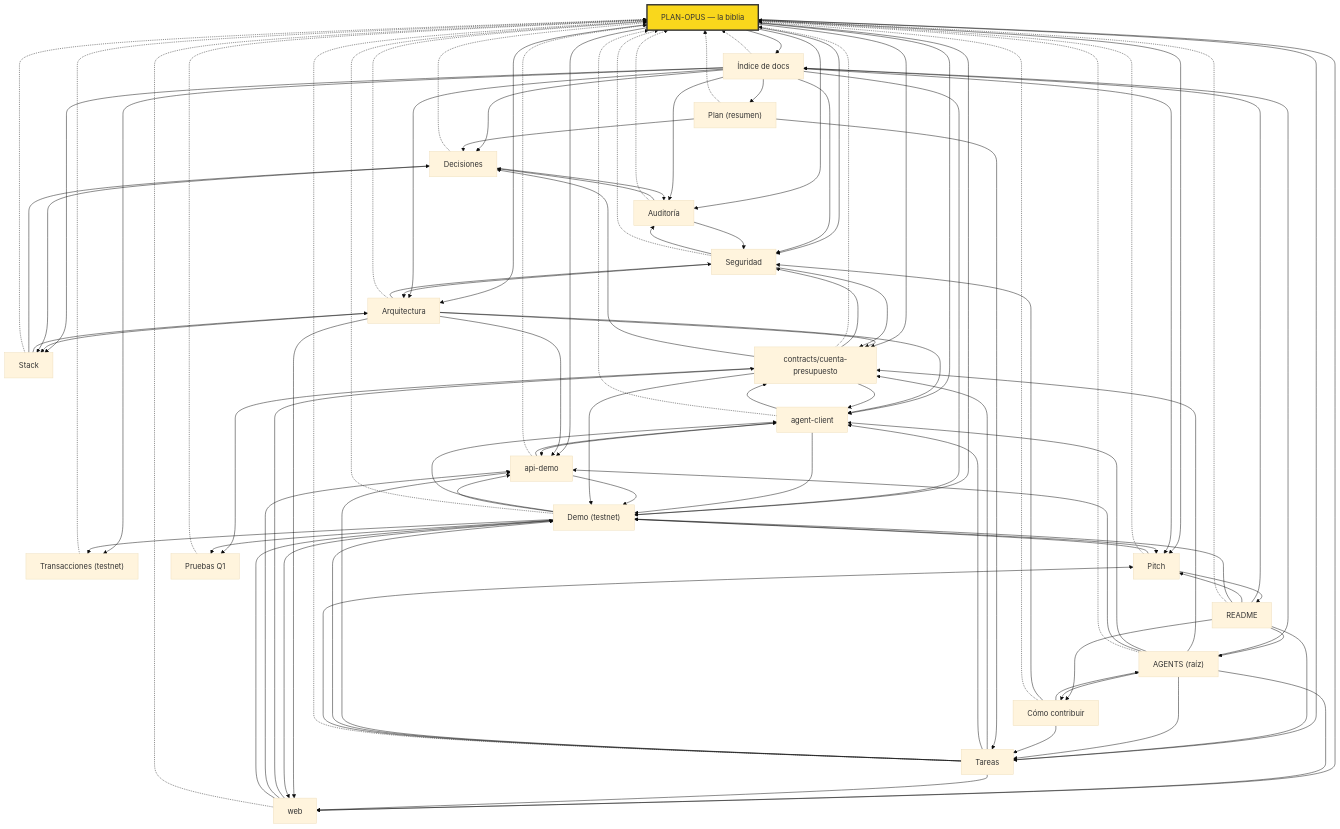
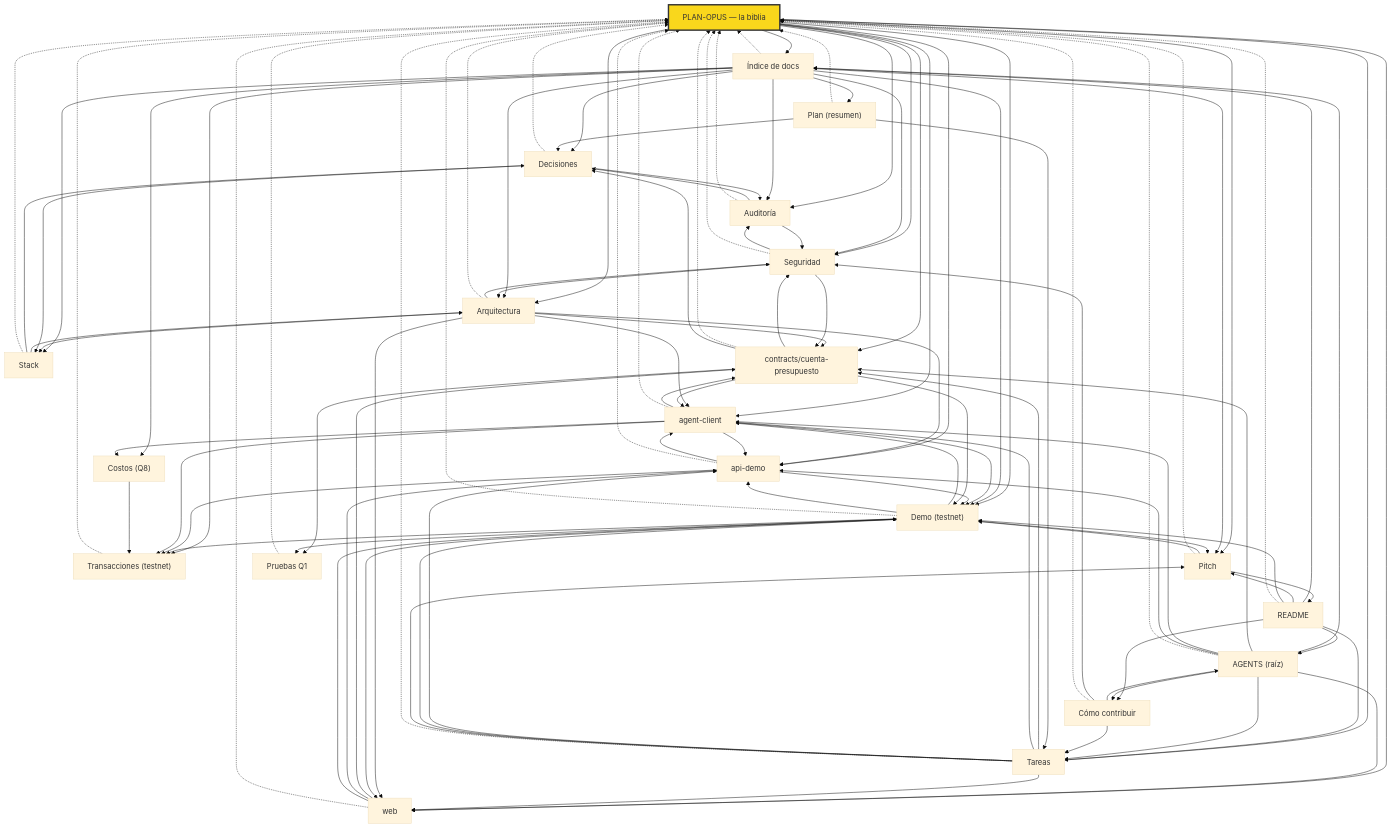
The diagram in docs/MAPA.md (jxsu404/quickchain), drawn with Mermaid (base theme) before and after one commit. The commit also changed other lines of this file and 33 other files, not shown here.

```diff
--- a/docs/MAPA.md
+++ b/docs/MAPA.md
@@ -18,6 +18,7 @@
   docs_AUDITORIA_md["Auditoría"]
   docs_DEMO_md["Demo (testnet)"]
   docs_transacciones_md["Transacciones (testnet)"]
+  docs_COSTOS_md["Costos (Q8)"]
   docs_PITCH_md["Pitch"]
   docs_pruebas_q1_md["Pruebas Q1"]
   contracts_cuenta_presupuesto_AGENTS_md["contracts/cuenta-presupuesto"]
@@ -86,6 +87,11 @@
   docs_AUDITORIA_md --> docs_SEGURIDAD_md
   docs_DEMO_md --> docs_PITCH_md
   docs_DEMO_md --> docs_transacciones_md
+  api_demo_AGENTS_md --> docs_transacciones_md
+  agent_client_AGENTS_md --> docs_transacciones_md
+  docs_INDICE_md --> docs_COSTOS_md
+  docs_COSTOS_md --> docs_transacciones_md
+  agent_client_AGENTS_md --> docs_COSTOS_md
   docs_DEMO_md --> agent_client_AGENTS_md
   docs_DEMO_md --> api_demo_AGENTS_md
   docs_DEMO_md --> web_AGENTS_md
```
